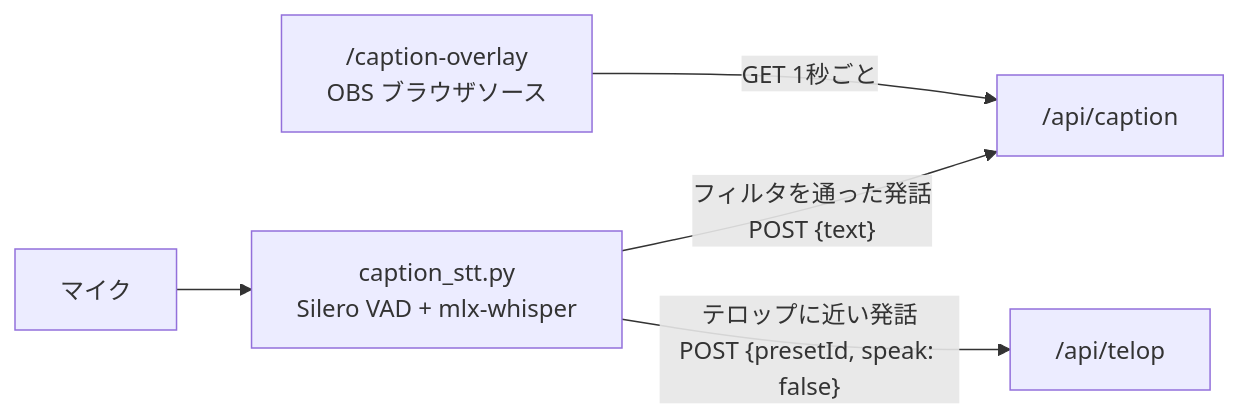
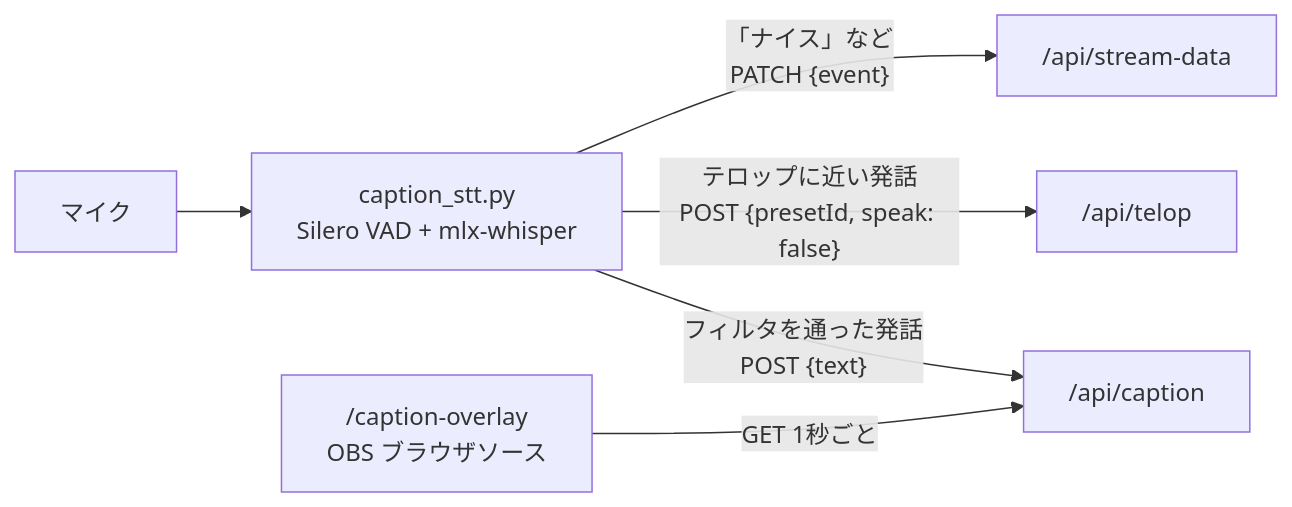
The first of 3 diagrams in README.md (eddie-splatoon/splatoon-point-counter), drawn with Mermaid before and after one commit. The commit also changed other lines of this file and 9 other files, not shown here.

````diff
--- a/README.md
+++ b/README.md
@@ -58,7 +58,8 @@
 ```mermaid
 flowchart LR
     Mic[マイク] --> STT["caption_stt.py<br/>Silero VAD + mlx-whisper"]
     STT -- "フィルタを通った発話<br/>POST {text}" --> API["/api/caption"]
     STT -- "テロップに近い発話<br/>POST {presetId, speak: false}" --> TELOP["/api/telop"]
+    STT -- "「ナイス」など<br/>PATCH {event}" --> SD["/api/stream-data"]
     OVL["/caption-overlay<br/>OBS ブラウザソース"] -- "GET 1秒ごと" --> API
 ```
````
